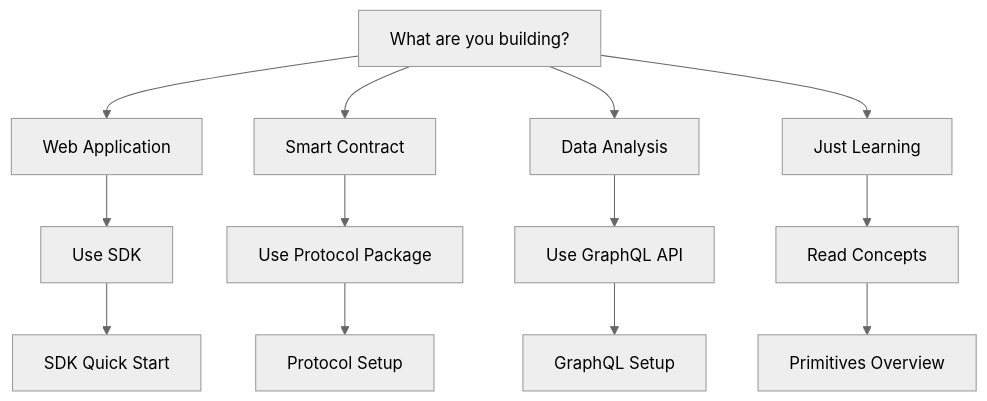
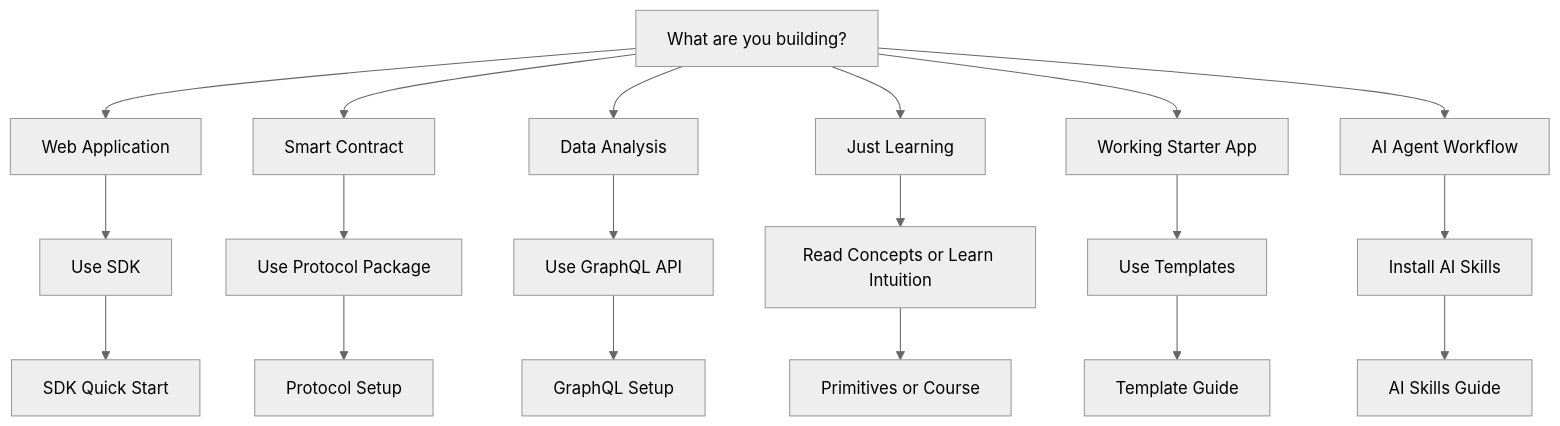
One commit to 0xIntuition/intuition-docs changed the diagram in docs/_data/getting-started/choose-your-path.md. Above: the diagram before and after it, drawn with Mermaid (neutral theme). The commit also changed other lines of this file and 3 other files, not shown here.

````diff
--- a/docs/_data/getting-started/choose-your-path.md
+++ b/docs/_data/getting-started/choose-your-path.md
@@ -63,17 +87,23 @@
 ```mermaid
 graph TD
     A[What are you building?] --> B[Web Application]
     A --> C[Smart Contract]
     A --> D[Data Analysis]
     A --> E[Just Learning]
+    A --> N[Working Starter App]
+    A --> O[AI Agent Workflow]
 
     B --> F[Use SDK]
     C --> G[Use Protocol Package]
     D --> H[Use GraphQL API]
-    E --> I[Read Concepts]
+    E --> I[Read Concepts or Learn Intuition]
+    N --> P[Use Templates]
+    O --> Q[Install AI Skills]
 
     F --> J[SDK Quick Start]
     G --> K[Protocol Setup]
     H --> L[GraphQL Setup]
-    I --> M[Primitives Overview]
+    I --> M[Primitives or Course]
+    P --> R[Template Guide]
+    Q --> S[AI Skills Guide]
 ```
````
